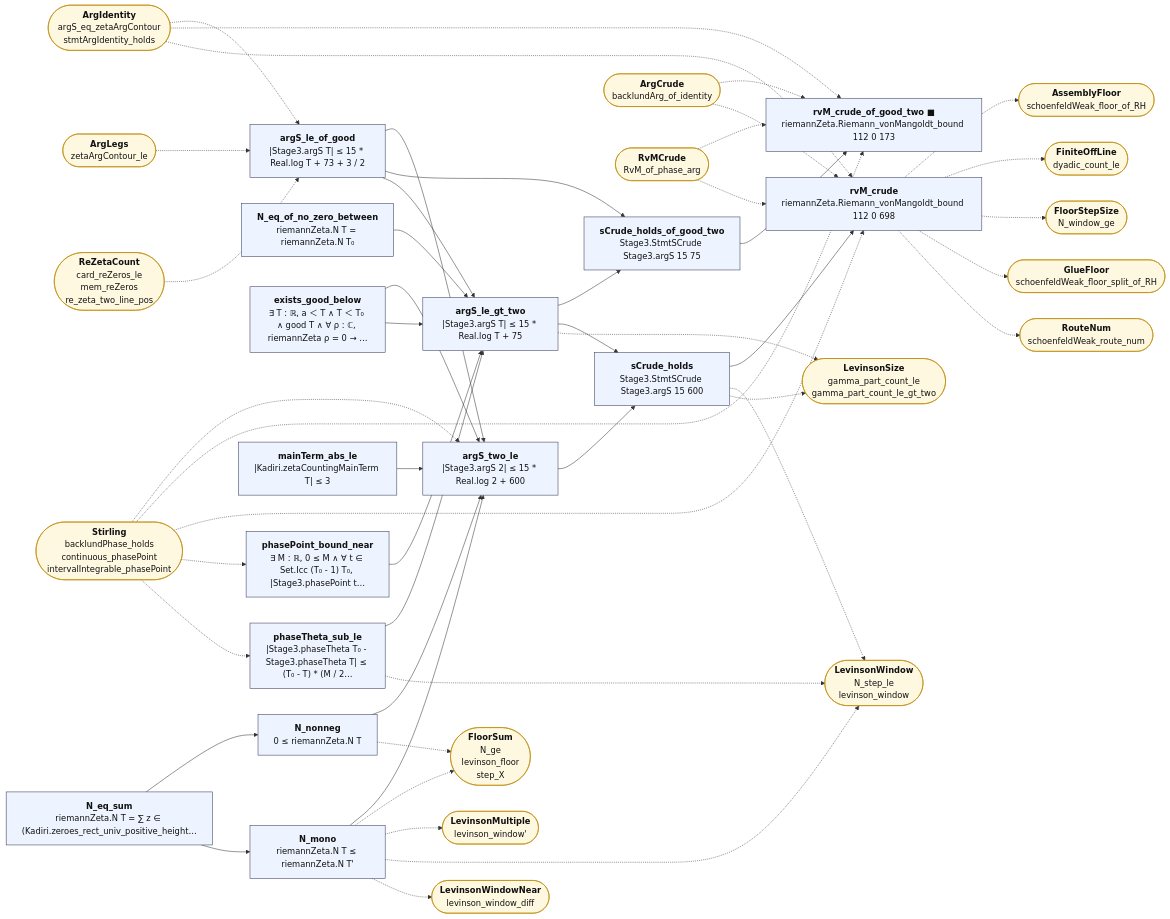
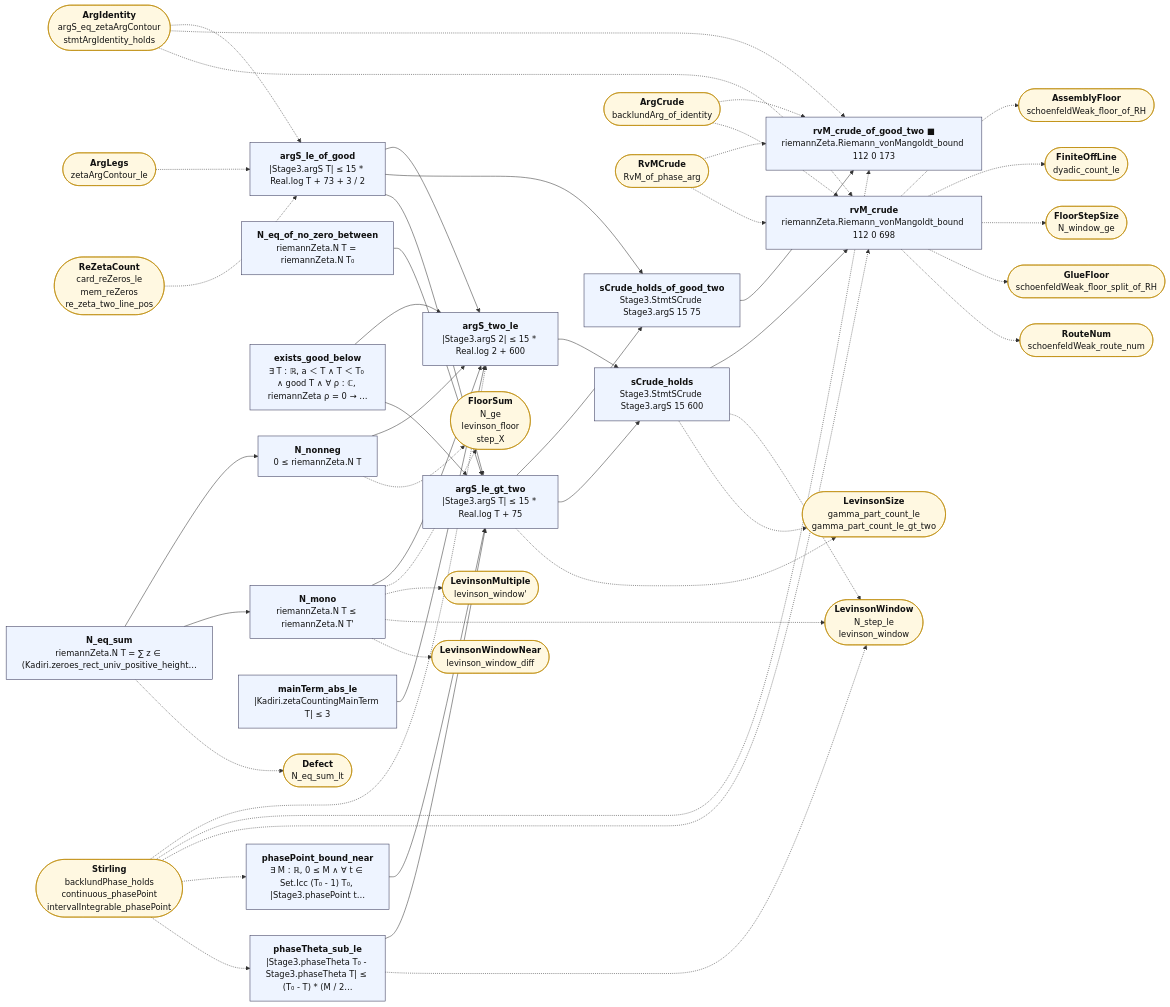
One commit to juliansambranojr/Primebeat_081426 changed the diagram in map/lean_stage3/ArgCount.mmd. Above: the diagram before and after it, drawn with Mermaid. The commit also changed 25 other files, not shown here.

```diff
--- a/map/lean_stage3/ArgCount.mmd
+++ b/map/lean_stage3/ArgCount.mmd
@@ -1,86 +1,88 @@
 flowchart LR
   n0["<b>argS_le_of_good</b><br/>|Stage3.argS T| ≤ 15 * Real.log T + 73 + 3 / 2"]:::thm
   n1["<b>N_eq_sum</b><br/>riemannZeta.N T = ∑ z ∈ (Kadiri.zeroes_rect_univ_positive_height…"]:::thm
   n2["<b>N_nonneg</b><br/>0 ≤ riemannZeta.N T"]:::thm
   n3["<b>N_mono</b><br/>riemannZeta.N T ≤ riemannZeta.N T'"]:::thm
   n4["<b>N_eq_of_no_zero_between</b><br/>riemannZeta.N T = riemannZeta.N T₀"]:::thm
   n5["<b>exists_good_below</b><br/>∃ T : ℝ, a ＜ T ∧ T ＜ T₀ ∧ good T ∧ ∀ ρ : ℂ, riemannZeta ρ = 0 → …"]:::thm
   n6["<b>phasePoint_bound_near</b><br/>∃ M : ℝ, 0 ≤ M ∧ ∀ t ∈ Set.Icc (T₀ - 1) T₀, |Stage3.phasePoint t…"]:::thm
   n7["<b>phaseTheta_sub_le</b><br/>|Stage3.phaseTheta T₀ - Stage3.phaseTheta T| ≤ (T₀ - T) * (M / 2…"]:::thm
   n8["<b>argS_le_gt_two</b><br/>|Stage3.argS T| ≤ 15 * Real.log T + 75"]:::thm
   n9["<b>mainTerm_abs_le</b><br/>|Kadiri.zetaCountingMainTerm T| ≤ 3"]:::thm
   n10["<b>argS_two_le</b><br/>|Stage3.argS 2| ≤ 15 * Real.log 2 + 600"]:::thm
   n11["<b>sCrude_holds_of_good_two</b><br/>Stage3.StmtSCrude Stage3.argS 15 75"]:::thm
   n12["<b>sCrude_holds</b><br/>Stage3.StmtSCrude Stage3.argS 15 600"]:::thm
   n13["<b>rvM_crude_of_good_two ■</b><br/>riemannZeta.Riemann_vonMangoldt_bound 112 0 173"]:::thm
   n14["<b>rvM_crude</b><br/>riemannZeta.Riemann_vonMangoldt_bound 112 0 698"]:::thm
   x0(["<b>ArgIdentity</b><br/>argS_eq_zetaArgContour<br/>stmtArgIdentity_holds"]):::ext
   x1(["<b>ArgLegs</b><br/>zetaArgContour_le"]):::ext
   x2(["<b>ReZetaCount</b><br/>card_reZeros_le<br/>mem_reZeros<br/>re_zeta_two_line_pos"]):::ext
-  x3(["<b>FloorSum</b><br/>N_ge<br/>levinson_floor<br/>step_X"]):::ext
-  x4(["<b>LevinsonMultiple</b><br/>levinson_window'"]):::ext
-  x5(["<b>LevinsonWindow</b><br/>N_step_le<br/>levinson_window"]):::ext
-  x6(["<b>LevinsonWindowNear</b><br/>levinson_window_diff"]):::ext
-  x7(["<b>Stirling</b><br/>backlundPhase_holds<br/>continuous_phasePoint<br/>intervalIntegrable_phasePoint"]):::ext
-  x8(["<b>LevinsonSize</b><br/>gamma_part_count_le<br/>gamma_part_count_le_gt_two"]):::ext
-  x9(["<b>ArgCrude</b><br/>backlundArg_of_identity"]):::ext
-  x10(["<b>RvMCrude</b><br/>RvM_of_phase_arg"]):::ext
-  x11(["<b>AssemblyFloor</b><br/>schoenfeldWeak_floor_of_RH"]):::ext
-  x12(["<b>FiniteOffLine</b><br/>dyadic_count_le"]):::ext
-  x13(["<b>FloorStepSize</b><br/>N_window_ge"]):::ext
-  x14(["<b>GlueFloor</b><br/>schoenfeldWeak_floor_split_of_RH"]):::ext
-  x15(["<b>RouteNum</b><br/>schoenfeldWeak_route_num"]):::ext
+  x3(["<b>Defect</b><br/>N_eq_sum_lt"]):::ext
+  x4(["<b>FloorSum</b><br/>N_ge<br/>levinson_floor<br/>step_X"]):::ext
+  x5(["<b>LevinsonMultiple</b><br/>levinson_window'"]):::ext
+  x6(["<b>LevinsonWindow</b><br/>N_step_le<br/>levinson_window"]):::ext
+  x7(["<b>LevinsonWindowNear</b><br/>levinson_window_diff"]):::ext
+  x8(["<b>Stirling</b><br/>backlundPhase_holds<br/>continuous_phasePoint<br/>intervalIntegrable_phasePoint"]):::ext
+  x9(["<b>LevinsonSize</b><br/>gamma_part_count_le<br/>gamma_part_count_le_gt_two"]):::ext
+  x10(["<b>ArgCrude</b><br/>backlundArg_of_identity"]):::ext
+  x11(["<b>RvMCrude</b><br/>RvM_of_phase_arg"]):::ext
+  x12(["<b>AssemblyFloor</b><br/>schoenfeldWeak_floor_of_RH"]):::ext
+  x13(["<b>FiniteOffLine</b><br/>dyadic_count_le"]):::ext
+  x14(["<b>FloorStepSize</b><br/>N_window_ge"]):::ext
+  x15(["<b>GlueFloor</b><br/>schoenfeldWeak_floor_split_of_RH"]):::ext
+  x16(["<b>RouteNum</b><br/>schoenfeldWeak_route_num"]):::ext
   n0 --> n10
   n0 --> n11
   n0 --> n8
   n1 --> n2
   n1 --> n3
   n10 --> n12
   n11 --> n13
   n12 --> n14
   n2 --> n10
   n3 --> n10
   n4 --> n8
   n5 --> n10
   n5 --> n8
   n6 --> n8
   n7 --> n8
   n8 --> n11
   n8 --> n12
   n9 --> n10
-  n12 -.-> x5
-  n12 -.-> x8
-  n14 -.-> x11
+  n1 -.-> x3
+  n12 -.-> x6
+  n12 -.-> x9
   n14 -.-> x12
   n14 -.-> x13
   n14 -.-> x14
   n14 -.-> x15
-  n2 -.-> x3
-  n3 -.-> x3
+  n14 -.-> x16
+  n2 -.-> x4
   n3 -.-> x4
   n3 -.-> x5
   n3 -.-> x6
-  n7 -.-> x5
-  n8 -.-> x8
+  n3 -.-> x7
+  n7 -.-> x6
+  n8 -.-> x9
   x0 -.-> n0
   x0 -.-> n13
   x0 -.-> n14
   x1 -.-> n0
   x10 -.-> n13
   x10 -.-> n14
+  x11 -.-> n13
+  x11 -.-> n14
   x2 -.-> n0
-  x7 -.-> n10
-  x7 -.-> n13
-  x7 -.-> n14
-  x7 -.-> n6
-  x7 -.-> n7
-  x9 -.-> n13
-  x9 -.-> n14
+  x8 -.-> n10
+  x8 -.-> n13
+  x8 -.-> n14
+  x8 -.-> n6
+  x8 -.-> n7
   classDef cnt fill:#dff5ec,stroke:#17694a,color:#111
   classDef shp fill:#f1ecfb,stroke:#5b3fa0,color:#111
   classDef rh fill:#ffe5e5,stroke:#c22,color:#111,stroke-width:2px
   classDef thm fill:#eef4ff,stroke:#335,color:#111
   classDef end_ fill:#e7f7e7,stroke:#2a7,color:#111,stroke-width:2px
   classDef lone fill:#fff,stroke:#999,color:#111,stroke-dasharray:4 3
   classDef bad fill:#ffe5e5,stroke:#c22,color:#111,stroke-width:2px
   classDef ext fill:#fff8e1,stroke:#b80,color:#111
```
